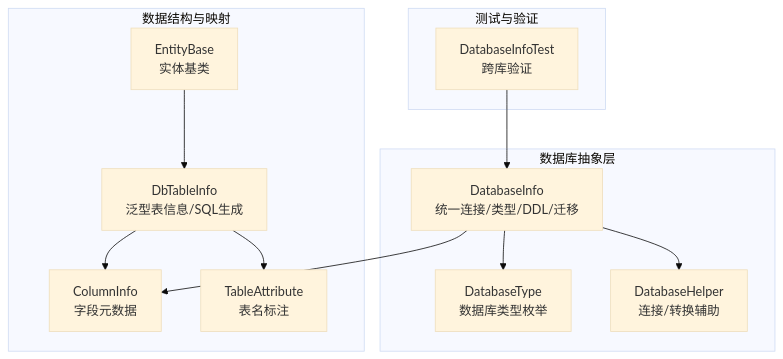
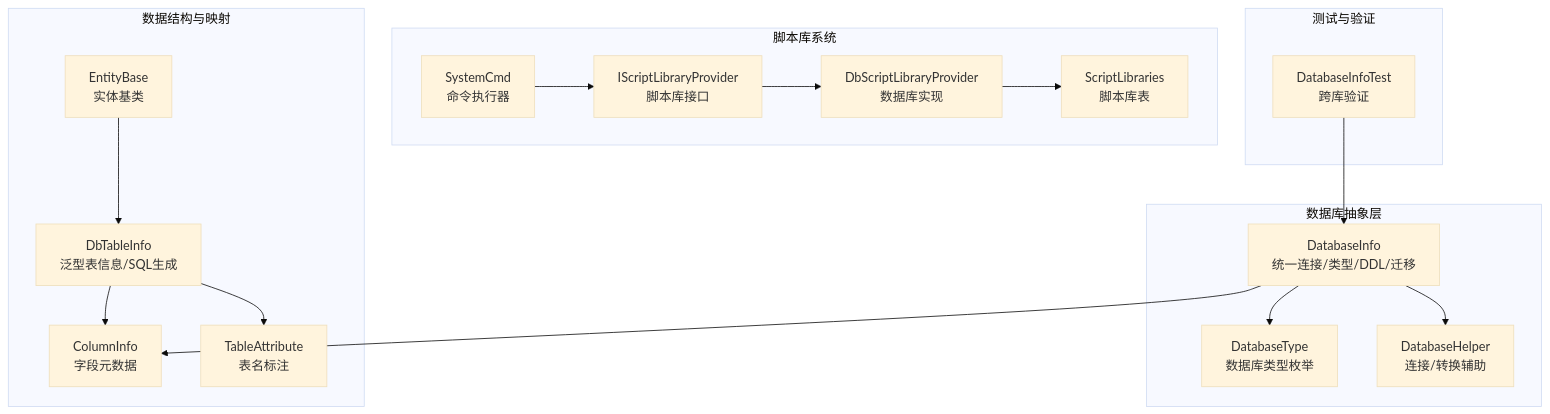
The first of 9 diagrams in .qoder/repowiki/zh/content/数据模型设计/数据库表结构.md (Sosososolong/AirGo), drawn with Mermaid (base theme) before and after one commit. The commit also changed other lines of this file and 5 other files, not shown here.

````diff
--- a/.qoder/repowiki/zh/content/数据模型设计/数据库表结构.md
+++ b/.qoder/repowiki/zh/content/数据模型设计/数据库表结构.md
@@ -52,24 +70,33 @@
 ```mermaid
 graph TB
 subgraph "数据库抽象层"
 DI["DatabaseInfo<br/>统一连接/类型/DDL/迁移"]
 DT["DatabaseType<br/>数据库类型枚举"]
 DH["DatabaseHelper<br/>连接/转换辅助"]
 end
 subgraph "数据结构与映射"
 CI["ColumnInfo<br/>字段元数据"]
 TA["TableAttribute<br/>表名标注"]
 Dti["DbTableInfo<T><br/>泛型表信息/SQL生成"]
 EB["EntityBase<T><br/>实体基类"]
 end
+subgraph "脚本库系统"
+ISP["IScriptLibraryProvider<br/>脚本库接口"]
+DSP["DbScriptLibraryProvider<br/>数据库实现"]
+SC["SystemCmd<br/>命令执行器"]
+SLT["ScriptLibraries<br/>脚本库表"]
+end
 subgraph "测试与验证"
 Tst["DatabaseInfoTest<br/>跨库验证"]
 end
 DI --> DT
 DI --> CI
 DI --> DH
 Dti --> TA
 Dti --> CI
 EB --> Dti
+ISP --> DSP
+DSP --> SLT
+SC --> ISP
 Tst --> DI
 ```
````
